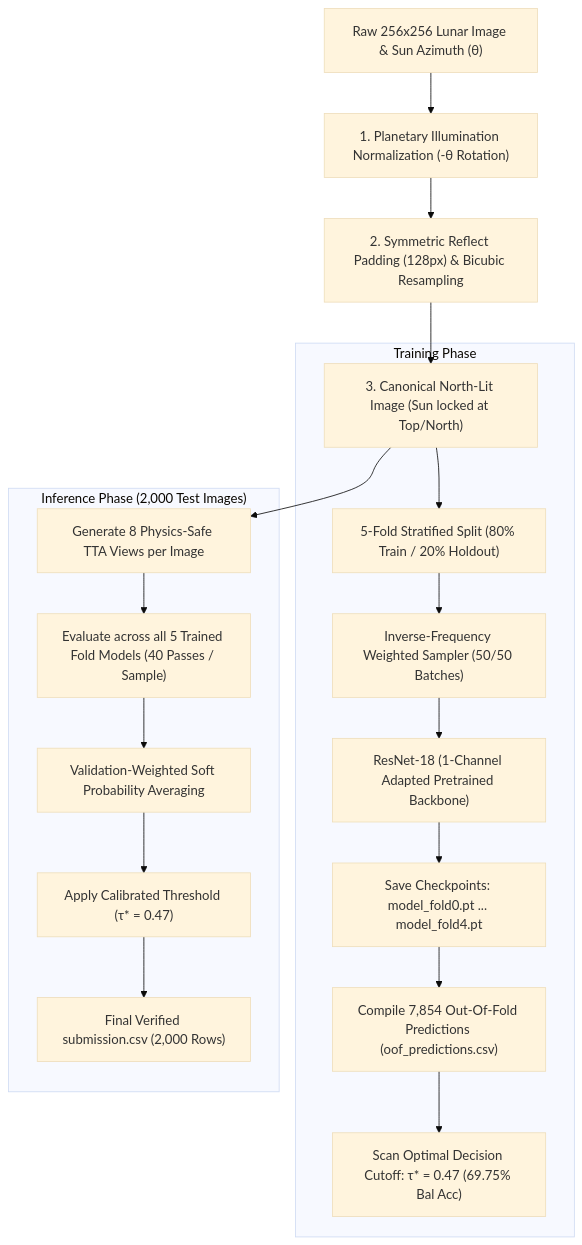
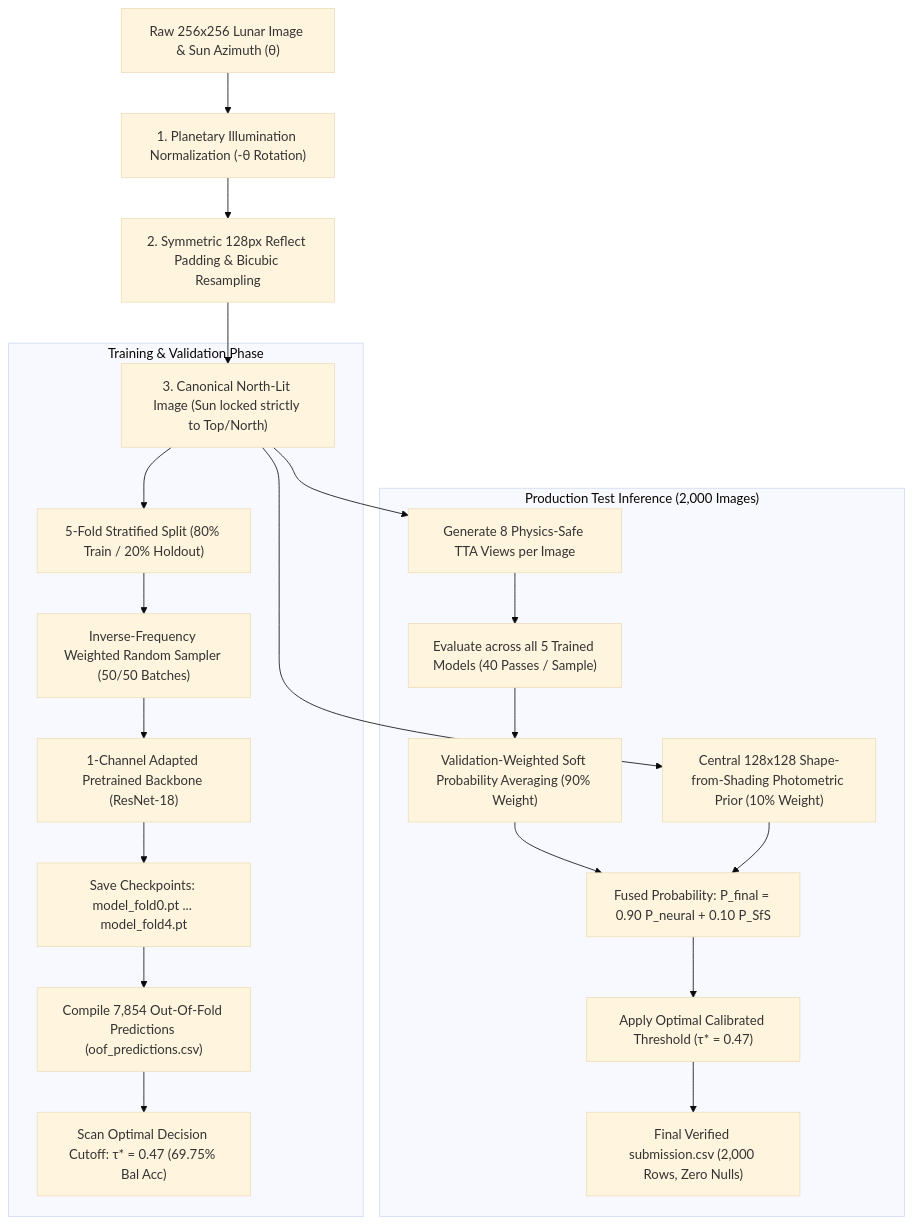
Before and after one commit to aayushchavanke/lunar-topographic-inversion: the diagram in README.md, drawn with Mermaid (base theme). The commit also changed other lines of this file, not shown here.

Commit message:
docs: enrich README with badges, full Mermaid pipeline, SfS physics diagrams, and comparison tables

````diff
--- a/README.md
+++ b/README.md
@@ -10,23 +33,25 @@
 ```mermaid
 graph TD
     A["Raw 256x256 Lunar Image & Sun Azimuth (θ)"] --> B["1. Planetary Illumination Normalization (-θ Rotation)"]
-    B --> C["2. Symmetric Reflect Padding (128px) & Bicubic Resampling"]
-    C --> D["3. Canonical North-Lit Image (Sun locked at Top/North)"]
+    B --> C["2. Symmetric 128px Reflect Padding & Bicubic Resampling"]
+    C --> D["3. Canonical North-Lit Image (Sun locked strictly to Top/North)"]
     
-    subgraph Training_Phase["Training Phase"]
+    subgraph Training_Phase["Training & Validation Phase"]
         D --> E["5-Fold Stratified Split (80% Train / 20% Holdout)"]
-        E --> F["Inverse-Frequency Weighted Sampler (50/50 Batches)"]
-        F --> G["ResNet-18 (1-Channel Adapted Pretrained Backbone)"]
+        E --> F["Inverse-Frequency Weighted Random Sampler (50/50 Batches)"]
+        F --> G["1-Channel Adapted Pretrained Backbone (ResNet-18)"]
         G --> H["Save Checkpoints: model_fold0.pt ... model_fold4.pt"]
         H --> I["Compile 7,854 Out-Of-Fold Predictions (oof_predictions.csv)"]
         I --> J["Scan Optimal Decision Cutoff: τ* = 0.47 (69.75% Bal Acc)"]
     end
 
-    subgraph Inference_Phase["Inference Phase (2,000 Test Images)"]
+    subgraph Inference_Phase["Production Test Inference (2,000 Images)"]
         D --> K["Generate 8 Physics-Safe TTA Views per Image"]
-        K --> L["Evaluate across all 5 Trained Fold Models (40 Passes / Sample)"]
-        L --> M["Validation-Weighted Soft Probability Averaging"]
-        M --> N["Apply Calibrated Threshold (τ* = 0.47)"]
-        N --> O["Final Verified submission.csv (2,000 Rows)"]
+        K --> L["Evaluate across all 5 Trained Models (40 Passes / Sample)"]
+        L --> M["Validation-Weighted Soft Probability Averaging (90% Weight)"]
+        D --> N["Central 128x128 Shape-from-Shading Photometric Prior (10% Weight)"]
+        M & N --> P["Fused Probability: P_final = 0.90 P_neural + 0.10 P_SfS"]
+        P --> Q["Apply Optimal Calibrated Threshold (τ* = 0.47)"]
+        Q --> R["Final Verified submission.csv (2,000 Rows, Zero Nulls)"]
     end
 ```
````
